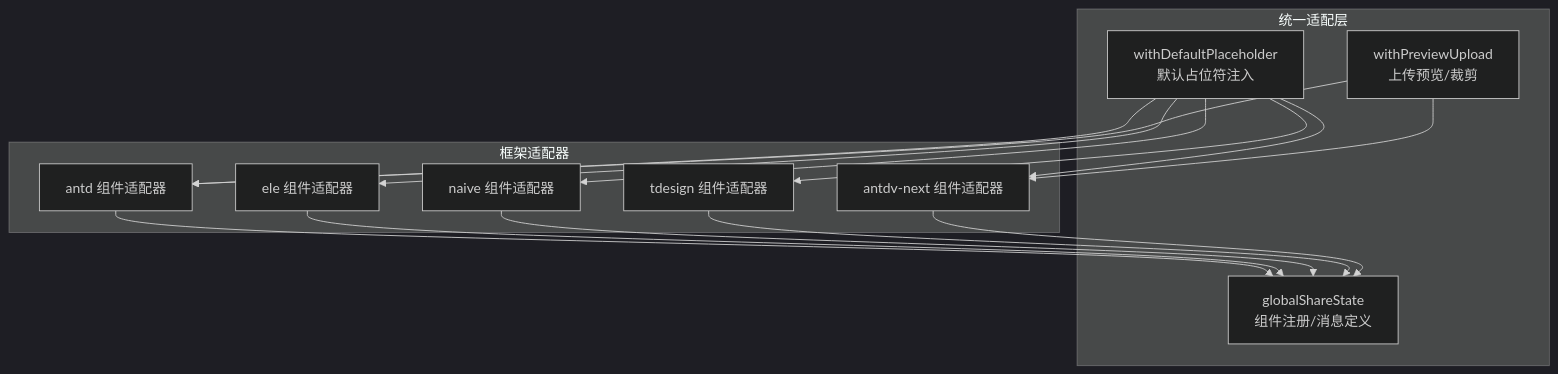
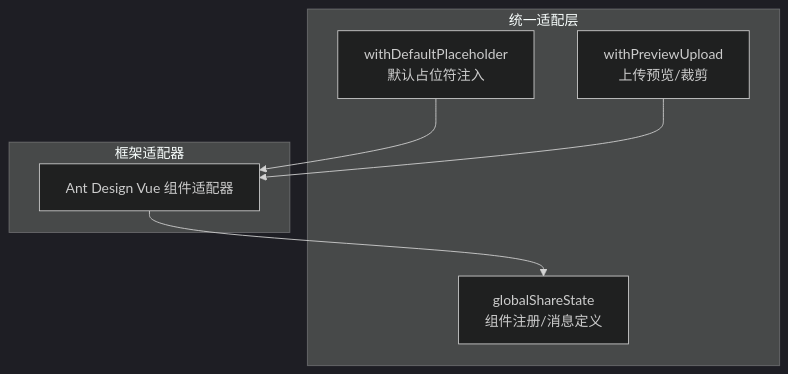
One commit to liuyinzhong/hive changed the second of 6 diagrams in .qoder/repowiki/zh/content/多框架支持/多框架支持.md. Above: the diagram before and after it, drawn with Mermaid (dark theme). The commit also changed other lines of this file and 6 other files, not shown here.

````diff
--- a/.qoder/repowiki/zh/content/多框架支持/多框架支持.md
+++ b/.qoder/repowiki/zh/content/多框架支持/多框架支持.md
@@ -146,27 +96,14 @@
 ```mermaid
 graph TB
 subgraph "统一适配层"
 GS["globalShareState<br/>组件注册/消息定义"]
 WF["withDefaultPlaceholder<br/>默认占位符注入"]
 UP["withPreviewUpload<br/>上传预览/裁剪"]
 end
 subgraph "框架适配器"
-A_antd["antd 组件适配器"]
-A_ele["ele 组件适配器"]
-A_naive["naive 组件适配器"]
-A_tdesign["tdesign 组件适配器"]
-A_antdv_next["antdv-next 组件适配器"]
+A_antd["Ant Design Vue 组件适配器"]
 end
 WF --> A_antd
-WF --> A_ele
-WF --> A_naive
-WF --> A_tdesign
-WF --> A_antdv_next
 UP --> A_antd
-UP --> A_antdv_next
 A_antd --> GS
-A_ele --> GS
-A_naive --> GS
-A_tdesign --> GS
-A_antdv_next --> GS
 ```
````
